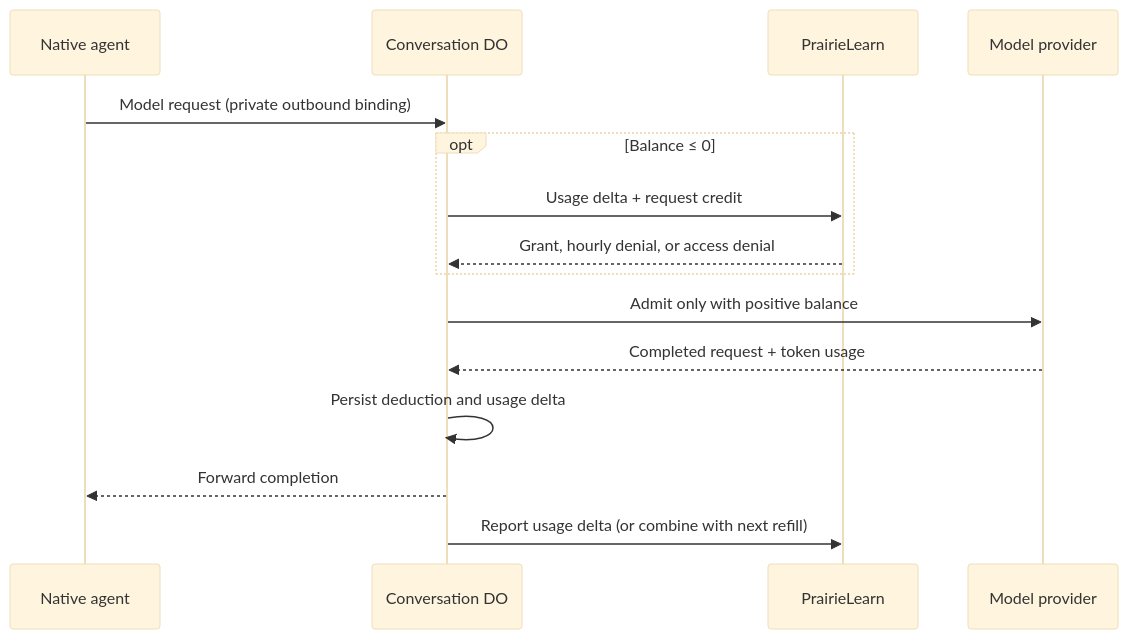
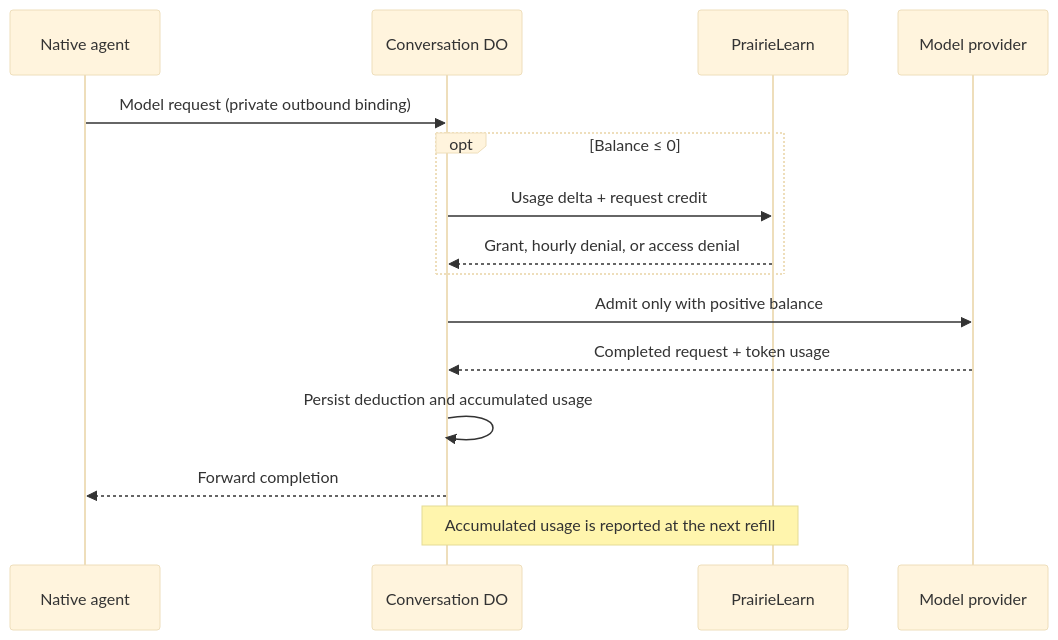
One commit to PrairieLearn/PrairieLearn changed the diagram in apps/course-agent/BUDGET.md. Above: the diagram before and after it, drawn with Mermaid (base theme). The commit also changed other lines of this file and 12 other files, not shown here.

````diff
--- a/apps/course-agent/BUDGET.md
+++ b/apps/course-agent/BUDGET.md
@@ -3,17 +3,17 @@
 ```mermaid
 sequenceDiagram
   participant Native as Native agent
   participant DO as Conversation DO
   participant PL as PrairieLearn
   participant Model as Model provider
   Native->>DO: Model request (private outbound binding)
   opt Balance ≤ 0
     DO->>PL: Usage delta + request credit
     PL-->>DO: Grant, hourly denial, or access denial
   end
   DO->>Model: Admit only with positive balance
   Model-->>DO: Completed request + token usage
-  DO->>DO: Persist deduction and usage delta
+  DO->>DO: Persist deduction and accumulated usage
   DO-->>Native: Forward completion
-  DO->>PL: Report usage delta (or combine with next refill)
+  Note over DO,PL: Accumulated usage is reported at the next refill
 ```
````
